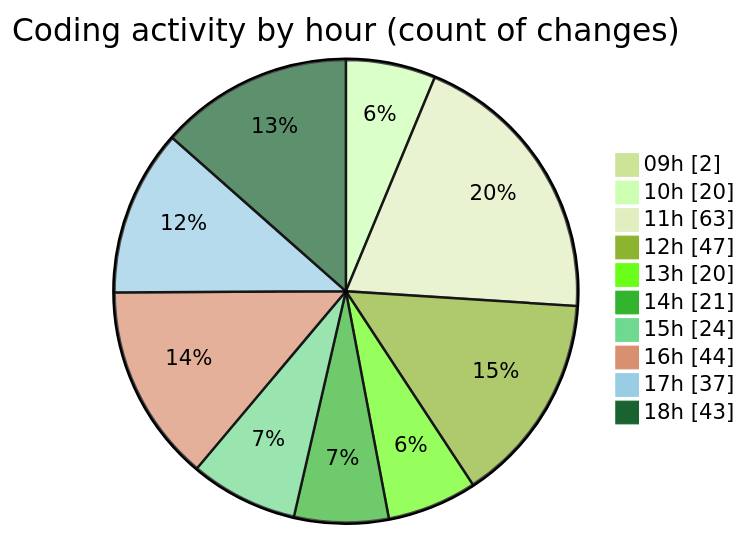
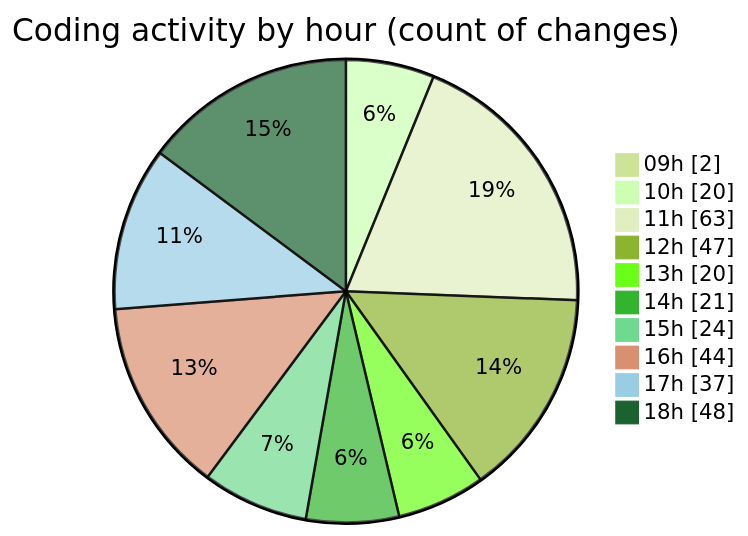
The second of 2 diagrams in 2025-04-08/cda/README.md (momahboobian/code-tracking), drawn with Mermaid (forest theme) before and after one commit. The commit also changed other lines of this file and 1 other file, not shown here.

````diff
--- a/2025-04-08/cda/README.md
+++ b/2025-04-08/cda/README.md
@@ -46,14 +48,14 @@
 ```mermaid
 pie showData
 title Coding activity by hour (count of changes)
 "09h" : 2
 "10h" : 20
 "11h" : 63
 "12h" : 47
 "13h" : 20
 "14h" : 21
 "15h" : 24
 "16h" : 44
 "17h" : 37
-"18h" : 43
+"18h" : 48
 ```
````
